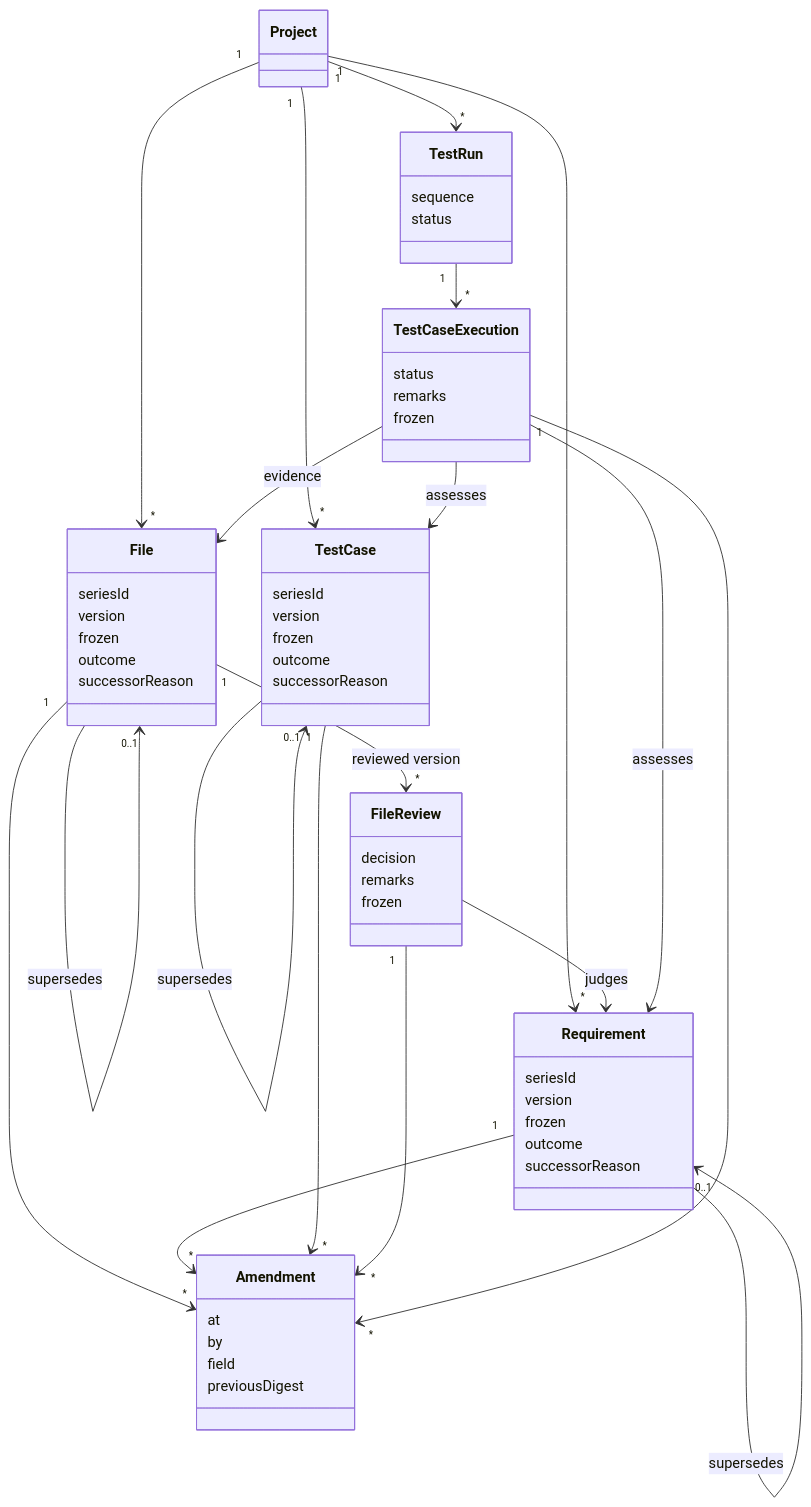
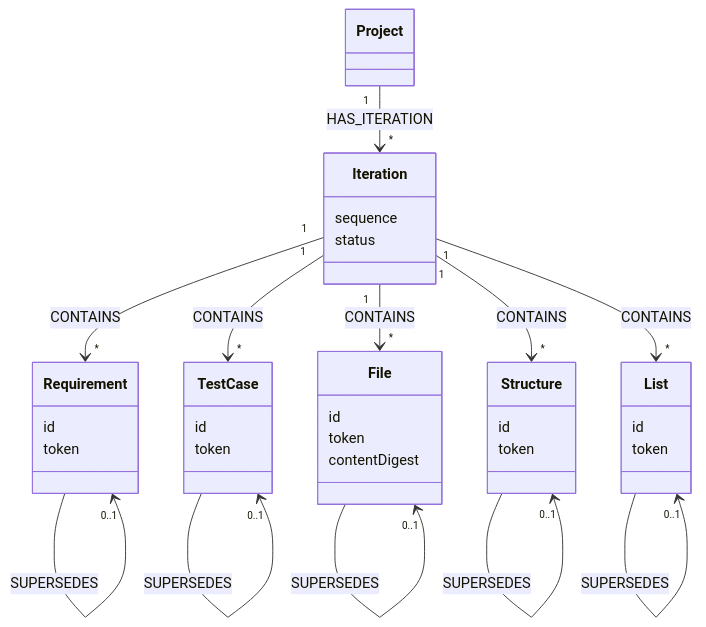
Before and after one commit to infrasoftbe/vnv-doc: the diagram in vnv-doc-content/docs/analyse/iterations.md, drawn with Mermaid. The commit also changed other lines of this file and 5 other files, not shown here.

````diff
--- a/vnv-doc-content/docs/analyse/iterations.md
+++ b/vnv-doc-content/docs/analyse/iterations.md
@@ -33,64 +34,41 @@
 ```mermaid
 classDiagram
   class Project
-  class File {
-    seriesId
-    version
-    frozen
-    outcome
-    successorReason
-  }
-  class Requirement {
-    seriesId
-    version
-    frozen
-    outcome
-    successorReason
-  }
-  class TestCase {
-    seriesId
-    version
-    frozen
-    outcome
-    successorReason
-  }
-  class FileReview {
-    decision
-    remarks
-    frozen
-  }
-  class TestRun {
+  class Iteration {
     sequence
     status
   }
-  class TestCaseExecution {
-    status
-    remarks
-    frozen
+  class Requirement {
+    id
+    token
   }
-  class Amendment {
-    at
-    by
-    field
-    previousDigest
+  class TestCase {
+    id
+    token
+  }
+  class File {
+    id
+    token
+    contentDigest
+  }
+  class Structure {
+    id
+    token
+  }
+  class List {
+    id
+    token
   }
 
-  Project "1" --> "*" File
-  Project "1" --> "*" Requirement
-  Project "1" --> "*" TestCase
-  Project "1" --> "*" TestRun
-  File --> "0..1" File : supersedes
-  Requirement --> "0..1" Requirement : supersedes
-  TestCase --> "0..1" TestCase : supersedes
-  File "1" --> "*" FileReview : reviewed version
-  FileReview --> Requirement : judges
-  TestRun "1" --> "*" TestCaseExecution
-  TestCaseExecution --> TestCase : assesses
-  TestCaseExecution --> Requirement : assesses
-  TestCaseExecution --> File : evidence
-  File "1" --> "*" Amendment
-  Requirement "1" --> "*" Amendment
-  TestCase "1" --> "*" Amendment
-  FileReview "1" --> "*" Amendment
-  TestCaseExecution "1" --> "*" Amendment
+  Project "1" --> "*" Iteration : HAS_ITERATION
+  Iteration "1" --> "*" Requirement : CONTAINS
+  Iteration "1" --> "*" TestCase : CONTAINS
+  Iteration "1" --> "*" File : CONTAINS
+  Iteration "1" --> "*" Structure : CONTAINS
+  Iteration "1" --> "*" List : CONTAINS
+  Requirement --> "0..1" Requirement : SUPERSEDES
+  TestCase --> "0..1" TestCase : SUPERSEDES
+  File --> "0..1" File : SUPERSEDES
+  Structure --> "0..1" Structure : SUPERSEDES
+  List --> "0..1" List : SUPERSEDES
 ```
````
